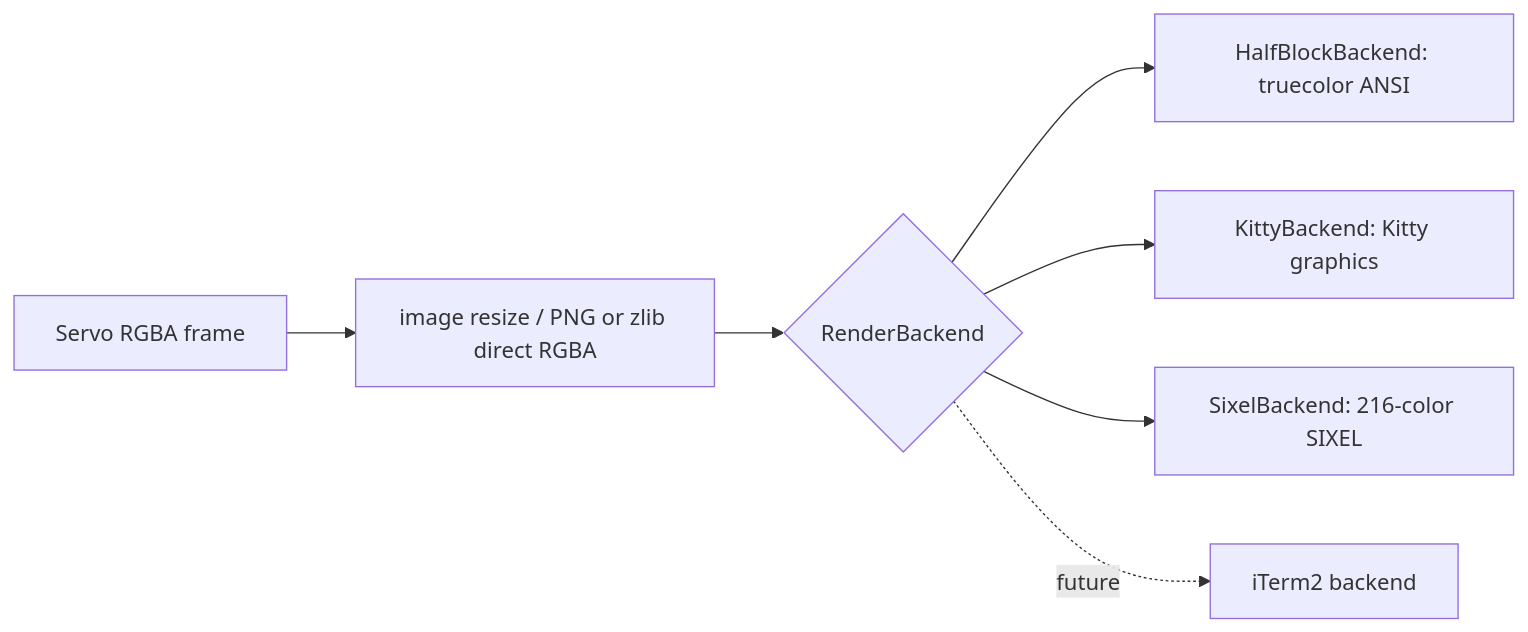
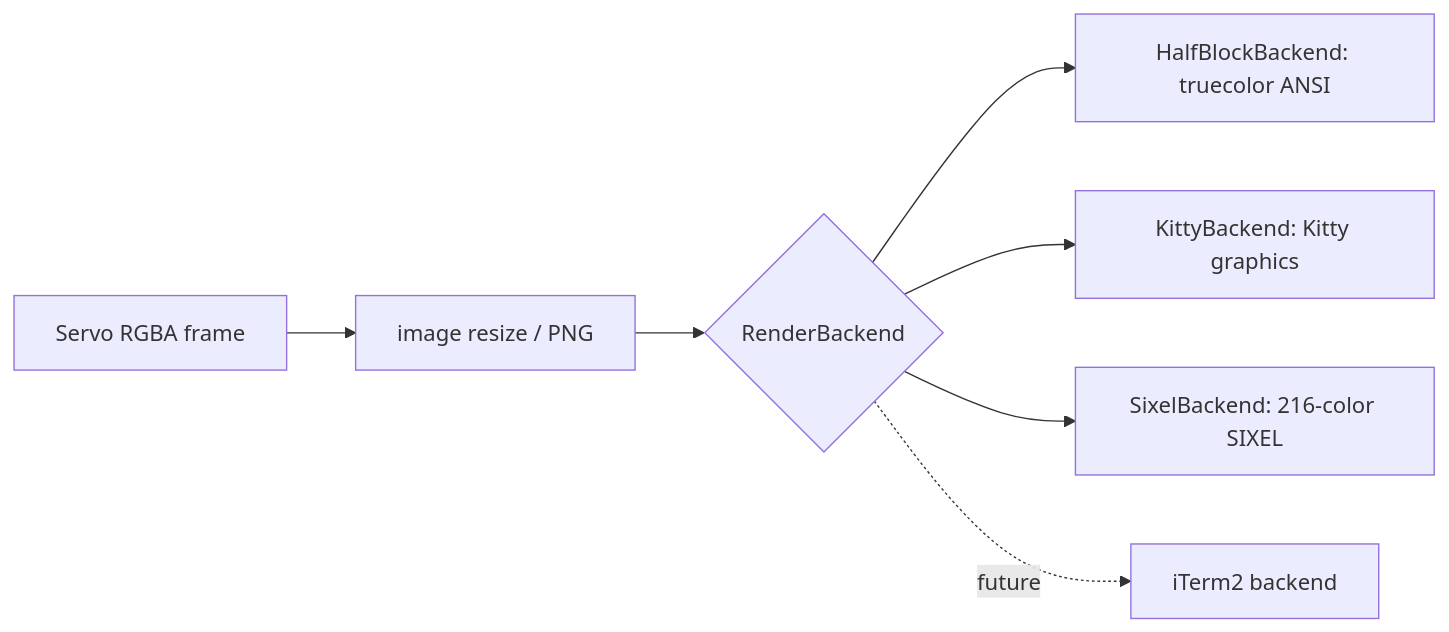
Before and after one commit to oyoguhito/fpasobrowser: the fifth of 5 diagrams in docs/flow.en.md, drawn with Mermaid. The commit also changed 12 other files, not shown here.

````diff
--- a/docs/flow.en.md
+++ b/docs/flow.en.md
@@ -106,9 +106,9 @@
 ```mermaid
 flowchart LR
-    A[Servo RGBA frame] --> B[image resize / PNG or zlib direct RGBA]
+    A[Servo RGBA frame] --> B[image resize / PNG]
     B --> C{RenderBackend}
     C --> D[HalfBlockBackend: truecolor ANSI]
     C --> E[KittyBackend: Kitty graphics]
     C --> F[SixelBackend: 216-color SIXEL]
     C -. future .-> G[iTerm2 backend]
 ```
````
